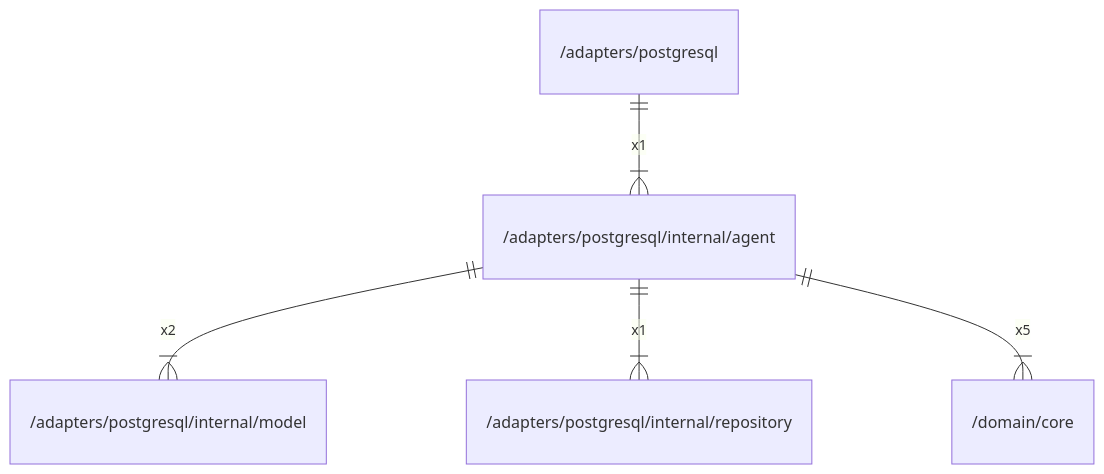
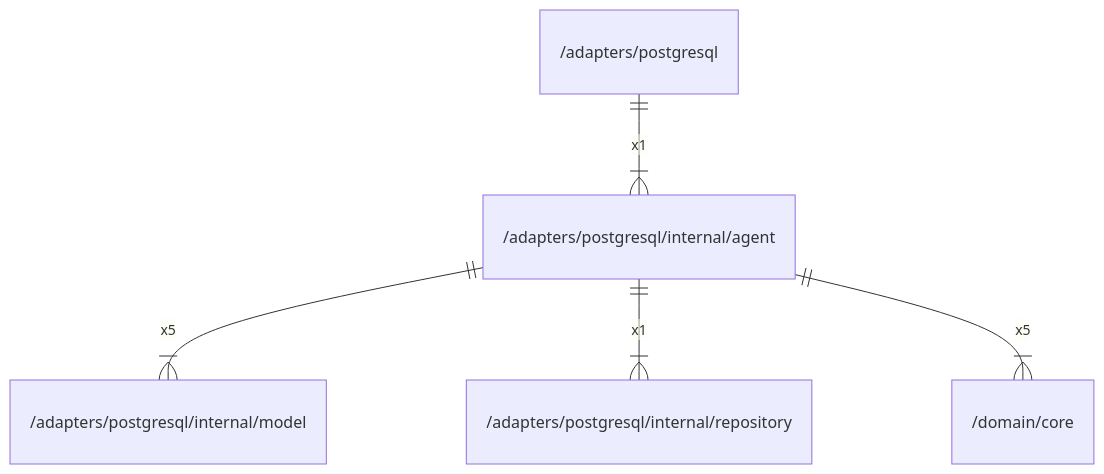
Before and after one commit to gbh007/hgraber-next: the diagram in docs/arch/adapters/postgresql/internal/agent.md, drawn with Mermaid. The commit also changed other lines of this file and 98 other files, not shown here.

````diff
--- a/docs/arch/adapters/postgresql/internal/agent.md
+++ b/docs/arch/adapters/postgresql/internal/agent.md
@@ -25,7 +37,7 @@
 ```mermaid
 erDiagram
     "/adapters/postgresql" ||--|{ "/adapters/postgresql/internal/agent" : x1
-    "/adapters/postgresql/internal/agent" ||--|{ "/adapters/postgresql/internal/model" : x2
+    "/adapters/postgresql/internal/agent" ||--|{ "/adapters/postgresql/internal/model" : x5
     "/adapters/postgresql/internal/agent" ||--|{ "/adapters/postgresql/internal/repository" : x1
     "/adapters/postgresql/internal/agent" ||--|{ "/domain/core" : x5
 ```
````
